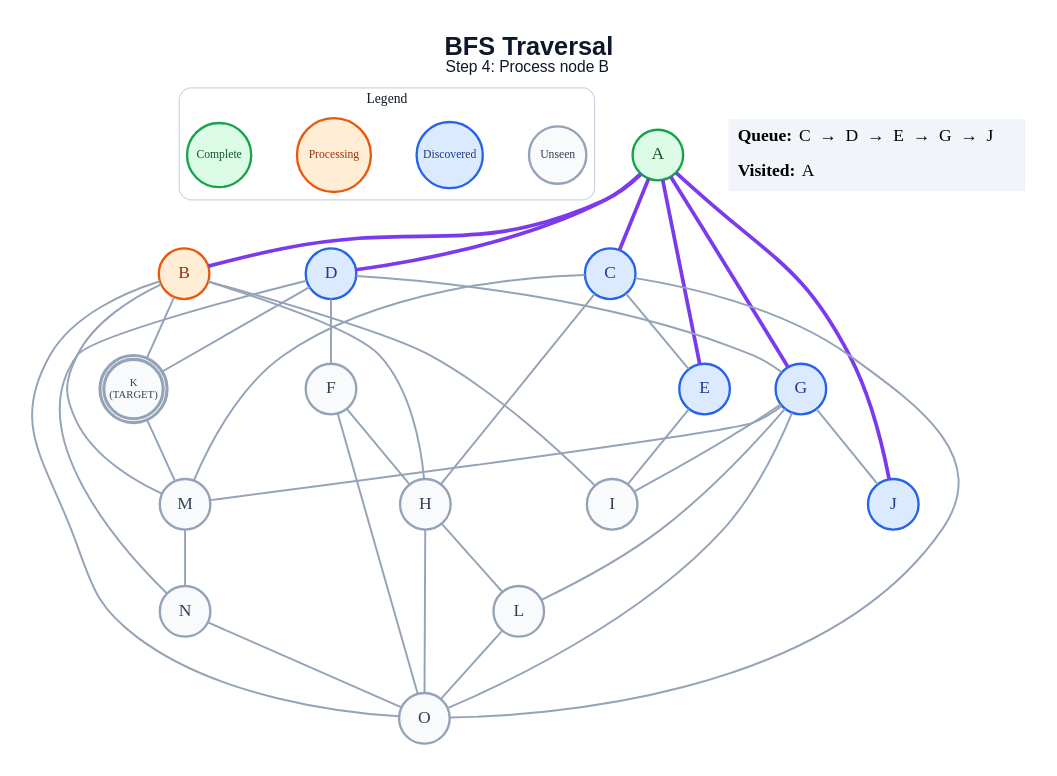
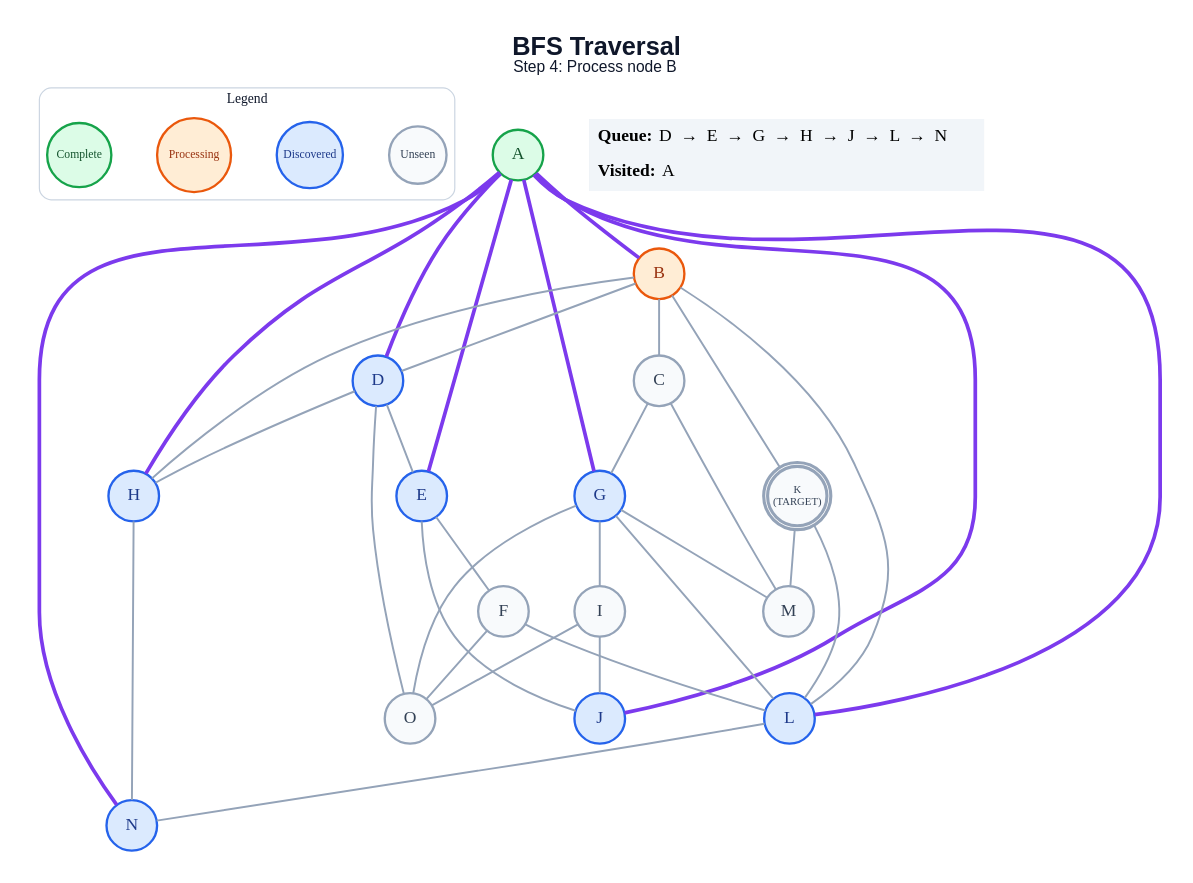
Before and after one commit to anon7238593-create/ai-slop: the diagram in generated/short-circuit/bfs/step_04.dot, drawn with Graphviz. The commit also changed 197 other files, not shown here.

```diff
--- a/generated/short-circuit/bfs/step_04.dot
+++ b/generated/short-circuit/bfs/step_04.dot
@@ -1,67 +1,66 @@
 graph traversal {
   graph [layout=dot, rankdir=TB, bgcolor="#FFFFFF", pad="0.35", nodesep="0.65", ranksep="0.8", fontname="Arial"];
   node [shape=circle, style="filled", fontname="Arial Bold", fontsize=18, width=0.72, fixedsize=true, penwidth=2.4];
   edge [color="#94A3B8", penwidth=2.0];
   label=<<B>BFS Traversal</B><BR/><FONT POINT-SIZE="16">Step 4: Process node B</FONT>>; labelloc="t"; fontsize=26; fontname="Arial"; fontcolor="#0F172A";
   subgraph cluster_legend { label="Legend"; color="#CBD5E1"; penwidth=1.2; style="rounded"; fontsize=14; fontname="Arial Bold";
     key_unseen [label="Unseen", fillcolor="#F8FAFC", color="#94A3B8", fontcolor="#334155", fontsize=12, width=0.82];
     key_frontier [label="Discovered", fillcolor="#DBEAFE", color="#2563EB", fontcolor="#1E3A8A", fontsize=12, width=0.95];
     key_current [label="Processing", fillcolor="#FFEDD5", color="#EA580C", fontcolor="#9A3412", fontsize=12, width=1.05];
     key_done [label="Complete", fillcolor="#DCFCE7", color="#16A34A", fontcolor="#14532D", fontsize=12, width=0.92];
     { rank=same; key_unseen; key_frontier; key_current; key_done; }
   }
   A [label="A", fillcolor="#DCFCE7", color="#16A34A", fontcolor="#14532D", peripheries=1, penwidth=2.4];
   B [label="B", fillcolor="#FFEDD5", color="#EA580C", fontcolor="#9A3412", peripheries=1, penwidth=2.4];
-  C [label="C", fillcolor="#DBEAFE", color="#2563EB", fontcolor="#1E3A8A", peripheries=1, penwidth=2.4];
+  C [label="C", fillcolor="#F8FAFC", color="#94A3B8", fontcolor="#334155", peripheries=1, penwidth=2.4];
   D [label="D", fillcolor="#DBEAFE", color="#2563EB", fontcolor="#1E3A8A", peripheries=1, penwidth=2.4];
   E [label="E", fillcolor="#DBEAFE", color="#2563EB", fontcolor="#1E3A8A", peripheries=1, penwidth=2.4];
   F [label="F", fillcolor="#F8FAFC", color="#94A3B8", fontcolor="#334155", peripheries=1, penwidth=2.4];
   G [label="G", fillcolor="#DBEAFE", color="#2563EB", fontcolor="#1E3A8A", peripheries=1, penwidth=2.4];
-  H [label="H", fillcolor="#F8FAFC", color="#94A3B8", fontcolor="#334155", peripheries=1, penwidth=2.4];
+  H [label="H", fillcolor="#DBEAFE", color="#2563EB", fontcolor="#1E3A8A", peripheries=1, penwidth=2.4];
   I [label="I", fillcolor="#F8FAFC", color="#94A3B8", fontcolor="#334155", peripheries=1, penwidth=2.4];
   J [label="J", fillcolor="#DBEAFE", color="#2563EB", fontcolor="#1E3A8A", peripheries=1, penwidth=2.4];
   K [label="K\n(TARGET)", fillcolor="#F8FAFC", color="#94A3B8", fontcolor="#334155", peripheries=2, penwidth=3.2, fontsize=11, width=0.85, height=0.85];
-  L [label="L", fillcolor="#F8FAFC", color="#94A3B8", fontcolor="#334155", peripheries=1, penwidth=2.4];
+  L [label="L", fillcolor="#DBEAFE", color="#2563EB", fontcolor="#1E3A8A", peripheries=1, penwidth=2.4];
   M [label="M", fillcolor="#F8FAFC", color="#94A3B8", fontcolor="#334155", peripheries=1, penwidth=2.4];
-  N [label="N", fillcolor="#F8FAFC", color="#94A3B8", fontcolor="#334155", peripheries=1, penwidth=2.4];
+  N [label="N", fillcolor="#DBEAFE", color="#2563EB", fontcolor="#1E3A8A", peripheries=1, penwidth=2.4];
   O [label="O", fillcolor="#F8FAFC", color="#94A3B8", fontcolor="#334155", peripheries=1, penwidth=2.4];
   A -- B [color="#7C3AED", penwidth=3.8];
-  A -- C [color="#7C3AED", penwidth=3.8];
   A -- D [color="#7C3AED", penwidth=3.8];
   A -- E [color="#7C3AED", penwidth=3.8];
   A -- G [color="#7C3AED", penwidth=3.8];
+  A -- H [color="#7C3AED", penwidth=3.8];
   A -- J [color="#7C3AED", penwidth=3.8];
+  A -- L [color="#7C3AED", penwidth=3.8];
+  A -- N [color="#7C3AED", penwidth=3.8];
+  B -- C;
+  B -- D;
   B -- H;
-  B -- I;
   B -- K;
-  B -- M;
-  B -- O;
-  C -- E;
-  C -- H;
+  B -- L;
+  C -- G;
   C -- M;
-  C -- O;
-  D -- F;
-  D -- G;
-  D -- K;
-  D -- N;
-  E -- I;
-  F -- H;
+  D -- E;
+  D -- H;
+  D -- O;
+  E -- F;
+  E -- J;
+  F -- L;
   F -- O;
   G -- I;
-  G -- J;
   G -- L;
   G -- M;
   G -- O;
-  H -- L;
-  H -- O;
+  H -- N;
+  I -- J;
+  I -- O;
+  K -- L;
   K -- M;
-  L -- O;
-  M -- N;
-  N -- O;
+  L -- N;
   status [shape=plain, fixedsize=false, width=0, height=0, margin=0, label=<
     <TABLE BORDER="0" CELLBORDER="0" CELLPADDING="7" BGCOLOR="#F1F5F9">
-      <TR><TD ALIGN="LEFT"><B>Queue:</B> C  →  D  →  E  →  G  →  J</TD></TR>
+      <TR><TD ALIGN="LEFT"><B>Queue:</B> D  →  E  →  G  →  H  →  J  →  L  →  N</TD></TR>
       <TR><TD ALIGN="LEFT"><B>Visited:</B> A</TD></TR>
     </TABLE>
   >];
 }
```
